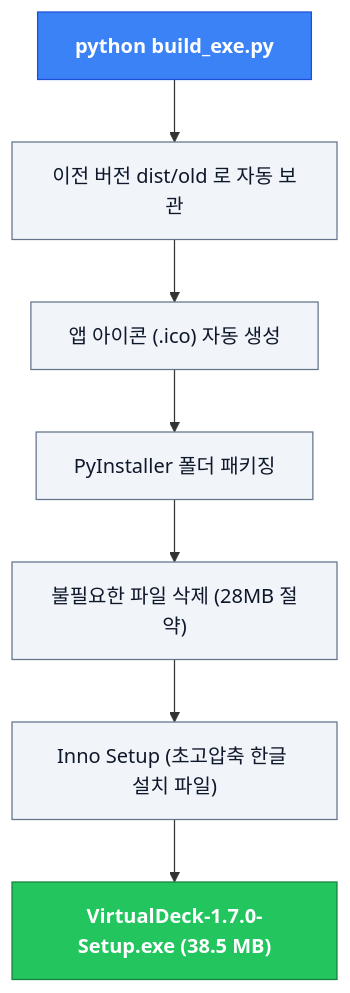
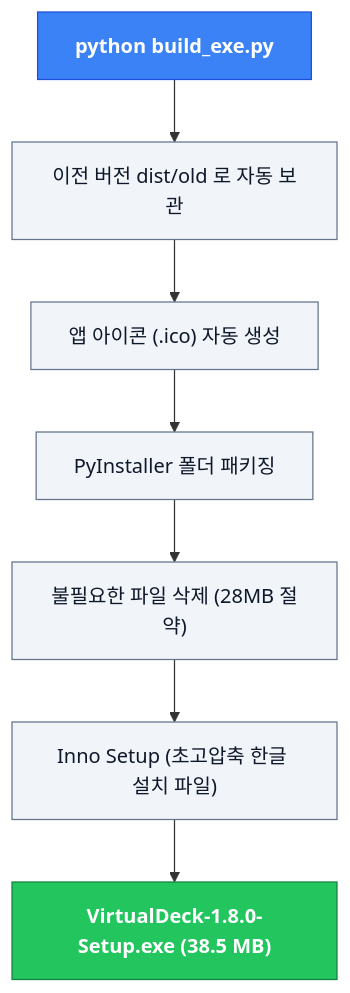
Before and after one commit to sh11025/Virtual_Deck: the seventh of 7 diagrams in README.md, drawn with Mermaid. The commit also changed other lines of this file and 15 other files, not shown here.

````diff
--- a/README.md
+++ b/README.md
@@ -336,13 +343,13 @@
 ```mermaid
 flowchart TD
     classDef head fill:#3b82f6,stroke:#1d4ed8,color:#ffffff,font-weight:bold;
     classDef box fill:#f1f5f9,stroke:#64748b,color:#0f172a;
     classDef done fill:#22c55e,stroke:#15803d,color:#ffffff,font-weight:bold;
 
     A["python build_exe.py"]:::head --> B["이전 버전 dist/old 로 자동 보관"]:::box
     B --> C["앱 아이콘 (.ico) 자동 생성"]:::box
     C --> D["PyInstaller 폴더 패키징"]:::box
     D --> E["불필요한 파일 삭제 (28MB 절약)"]:::box
     E --> F["Inno Setup (초고압축 한글 설치 파일)"]:::box
-    F --> G["VirtualDeck-1.7.0-Setup.exe (38.5 MB)"]:::done
+    F --> G["VirtualDeck-1.8.0-Setup.exe (38.5 MB)"]:::done
 ```
````
